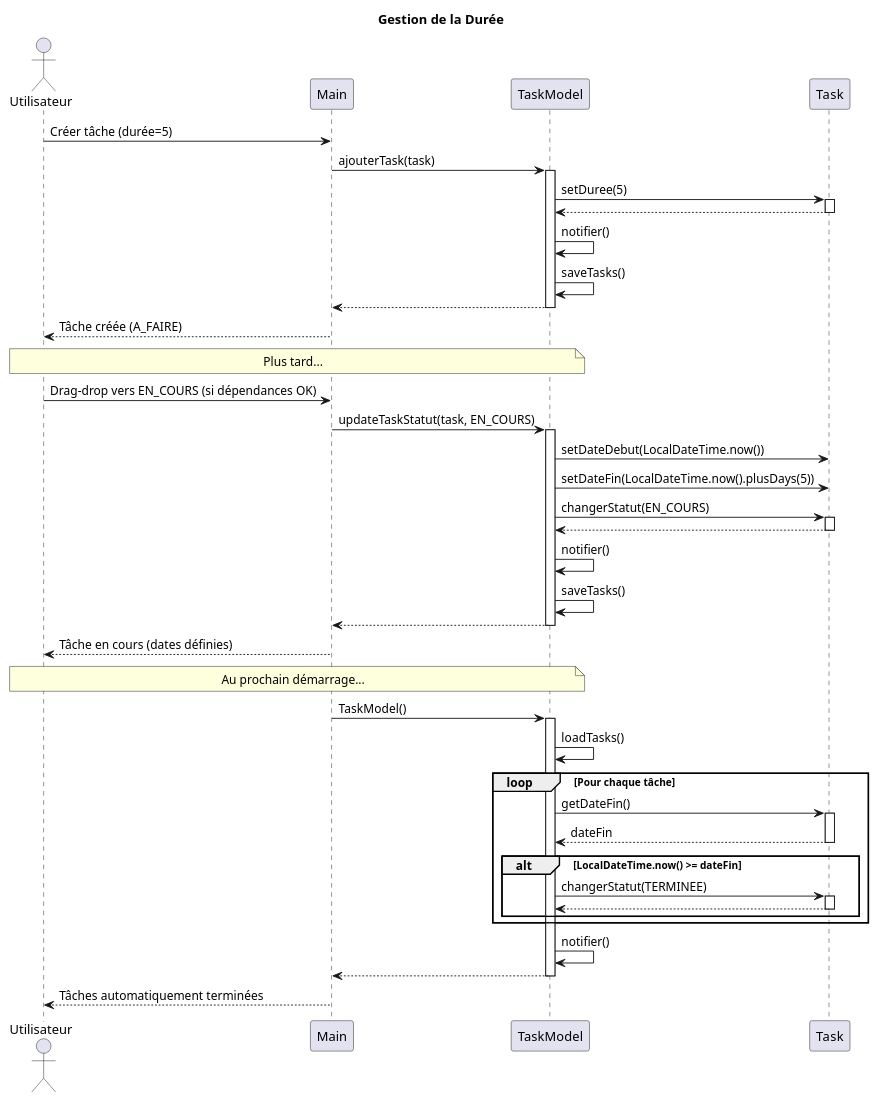
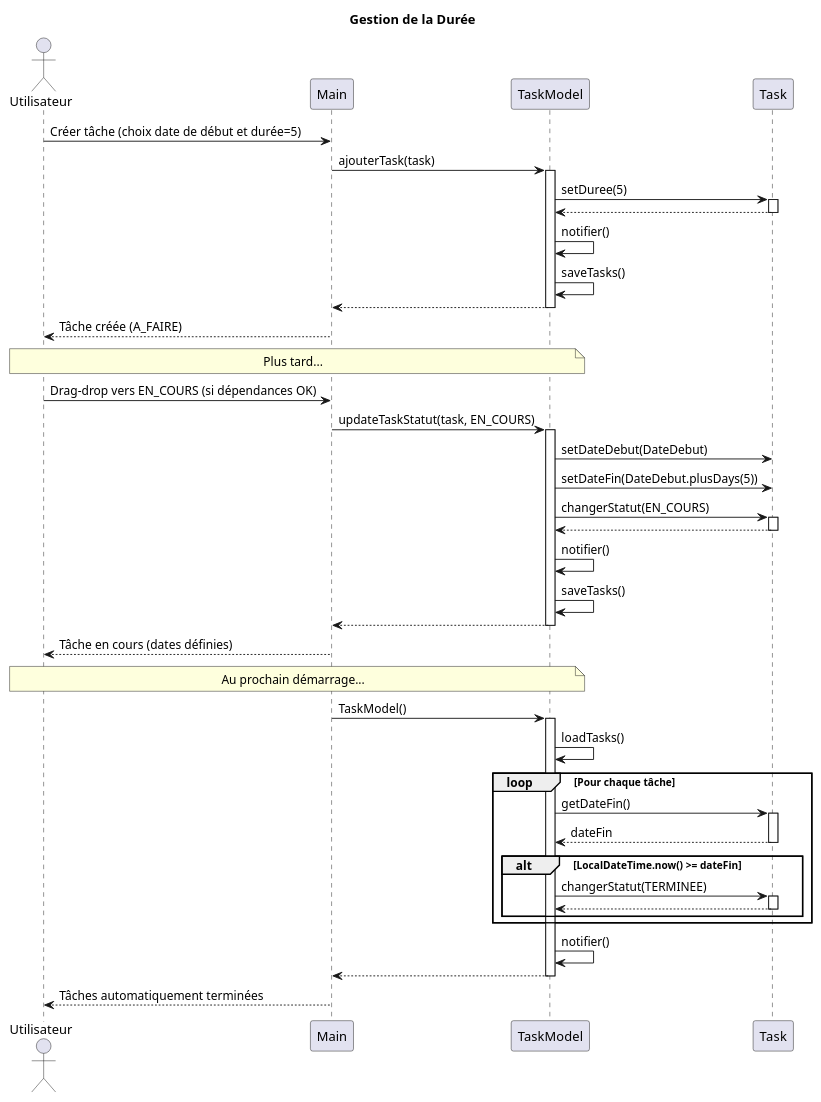
The diagram in Document/Iteration_4/DiagrammeSequenceDate.puml (LeVraiKenan/SAE_3_01), drawn with PlantUML before and after one commit.

Commit message:
Modification de DiagrammeSequenceDate

```diff
--- a/Document/Iteration_4/DiagrammeSequenceDate.puml
+++ b/Document/Iteration_4/DiagrammeSequenceDate.puml
@@ -1,71 +1,71 @@
 @startuml Diagramme_Duree
 title Gestion de la Durée
 
 actor Utilisateur
 participant "Main" as Main
 participant "TaskModel" as Model
 participant "Task" as Task
 
-Utilisateur -> Main : Créer tâche (durée=5)
+Utilisateur -> Main : Créer tâche (choix date de début et durée=5)
 Main -> Model : ajouterTask(task)
 activate Model
 
 Model -> Task : setDuree(5)
 activate Task
 Task --> Model :
 deactivate Task
 
 Model -> Model : notifier()
 Model -> Model : saveTasks()
 Model --> Main :
 deactivate Model
 
 Main --> Utilisateur : Tâche créée (A_FAIRE)
 
 note over Utilisateur, Model : Plus tard...
 
 Utilisateur -> Main : Drag-drop vers EN_COURS (si dépendances OK)
 Main -> Model : updateTaskStatut(task, EN_COURS)
 activate Model
 
-Model -> Task : setDateDebut(LocalDateTime.now())
-Model -> Task : setDateFin(LocalDateTime.now().plusDays(5))
+Model -> Task : setDateDebut(DateDebut)
+Model -> Task : setDateFin(DateDebut.plusDays(5))
 
 Model -> Task : changerStatut(EN_COURS)
 activate Task
 Task --> Model :
 deactivate Task
 
 Model -> Model : notifier()
 Model -> Model : saveTasks()
 Model --> Main :
 deactivate Model
 
 Main --> Utilisateur : Tâche en cours (dates définies)
 
 note over Utilisateur, Model : Au prochain démarrage...
 
 Main -> Model : TaskModel()
 activate Model
 
 Model -> Model : loadTasks()
 loop Pour chaque tâche
     Model -> Task : getDateFin()
     activate Task
     Task --> Model : dateFin
     deactivate Task
 
     alt LocalDateTime.now() >= dateFin
         Model -> Task : changerStatut(TERMINEE)
         activate Task
         Task --> Model :
         deactivate Task
     end
 end
 
 Model -> Model : notifier()
 Model --> Main :
 deactivate Model
 
 Main --> Utilisateur : Tâches automatiquement terminées
 @enduml
```
